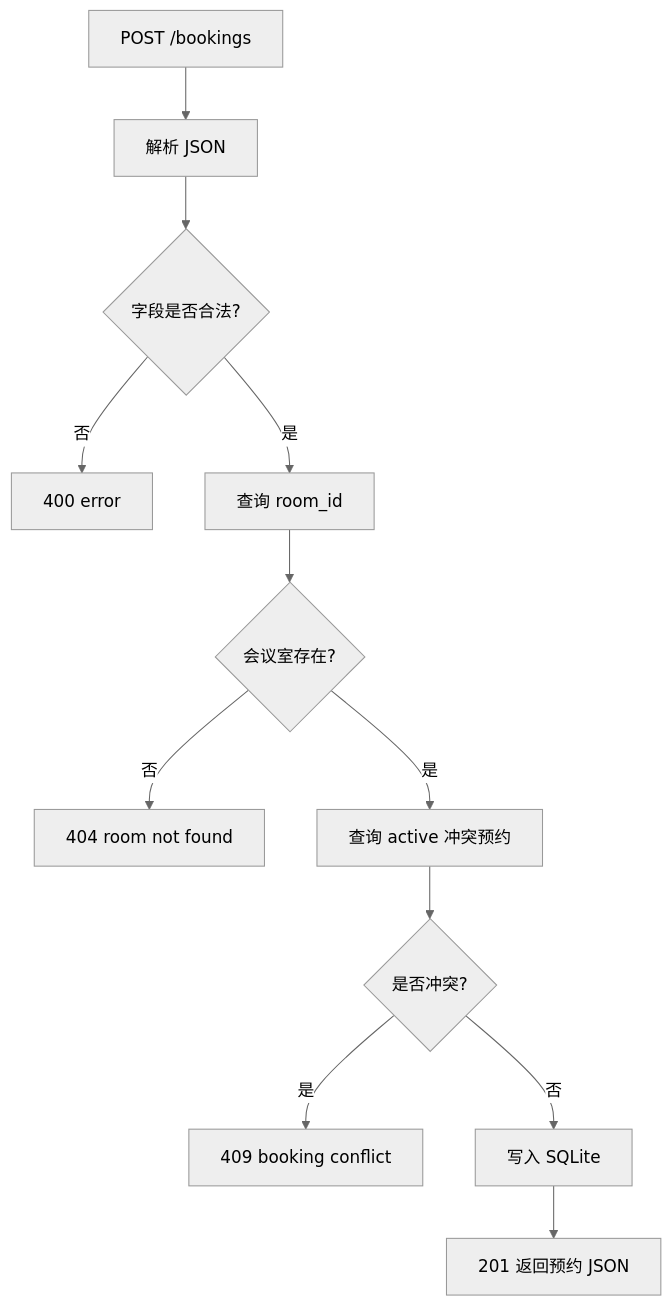
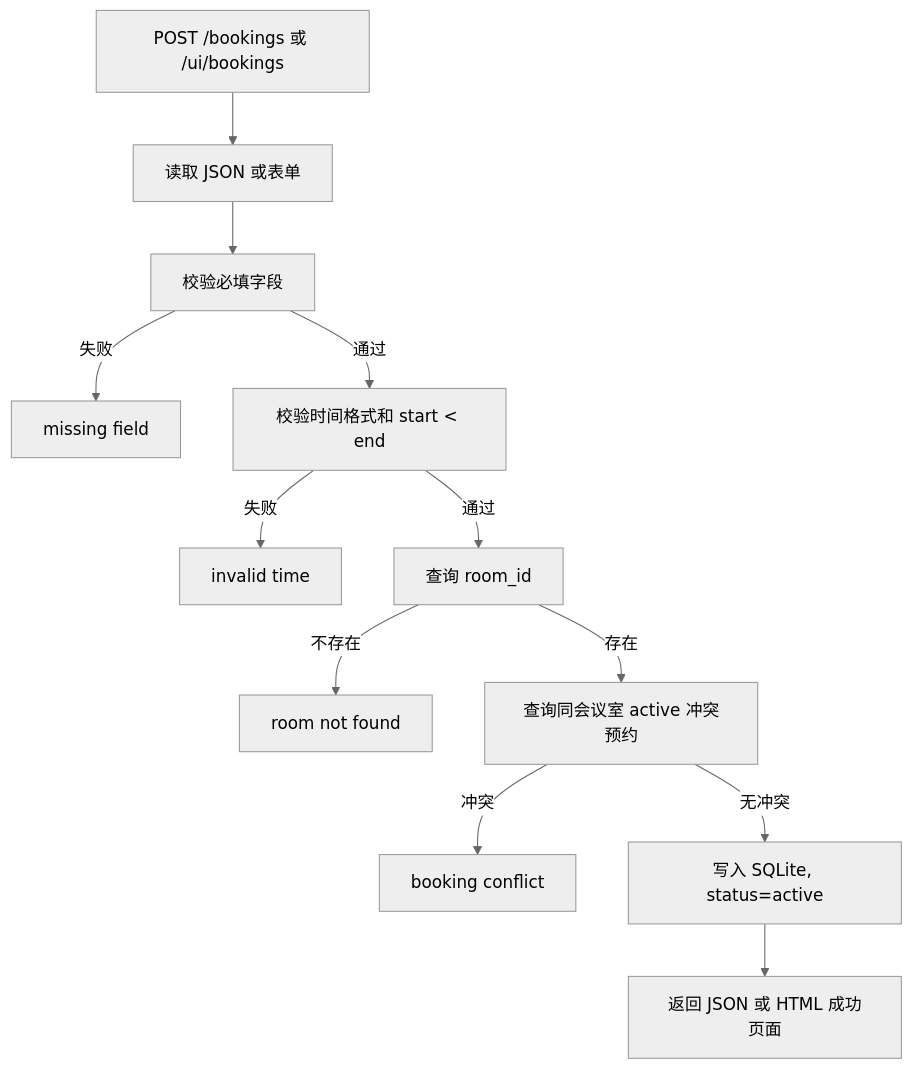
Before and after one commit to JerryChen-USTB/CodeAgent: the third of 4 diagrams in benchmark/selfbuilt/cases/05_meeting_room_booking/input/design_model.md, drawn with Mermaid (neutral theme). The commit also changed other lines of this file and 67 other files, not shown here.

````diff
--- a/benchmark/selfbuilt/cases/05_meeting_room_booking/input/design_model.md
+++ b/benchmark/selfbuilt/cases/05_meeting_room_booking/input/design_model.md
@@ -53,14 +144,14 @@
 ```mermaid
 flowchart TD
-    A["POST /bookings"] --> B["解析 JSON"]
-    B --> C{"字段是否合法?"}
-    C -- "否" --> D["400 error"]
-    C -- "是" --> E["查询 room_id"]
-    E --> F{"会议室存在?"}
-    F -- "否" --> G["404 room not found"]
-    F -- "是" --> H["查询 active 冲突预约"]
-    H --> I{"是否冲突?"}
-    I -- "是" --> J["409 booking conflict"]
-    I -- "否" --> K["写入 SQLite"]
-    K --> L["201 返回预约 JSON"]
+    A["POST /bookings 或 /ui/bookings"] --> B["读取 JSON 或表单"]
+    B --> C["校验必填字段"]
+    C -->|失败| D["missing field"]
+    C -->|通过| E["校验时间格式和 start < end"]
+    E -->|失败| F["invalid time"]
+    E -->|通过| G["查询 room_id"]
+    G -->|不存在| H["room not found"]
+    G -->|存在| I["查询同会议室 active 冲突预约"]
+    I -->|冲突| J["booking conflict"]
+    I -->|无冲突| K["写入 SQLite, status=active"]
+    K --> L["返回 JSON 或 HTML 成功页面"]
 ```
````
